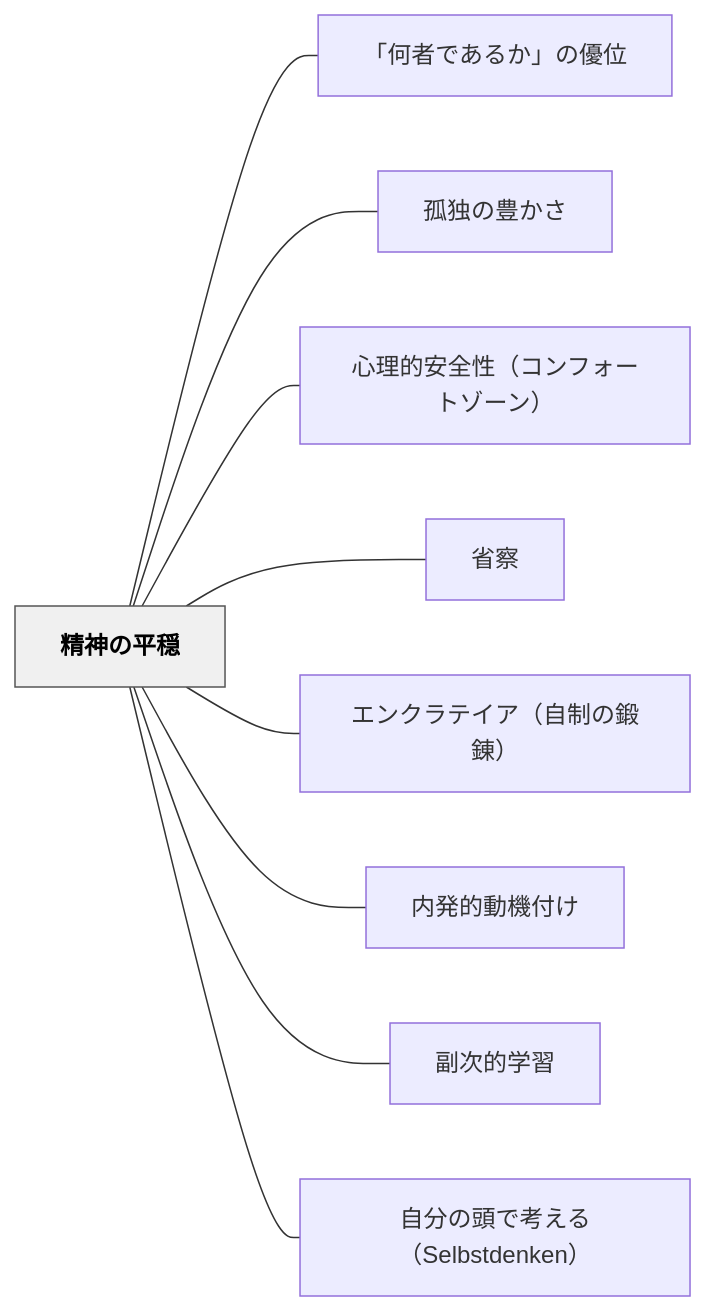
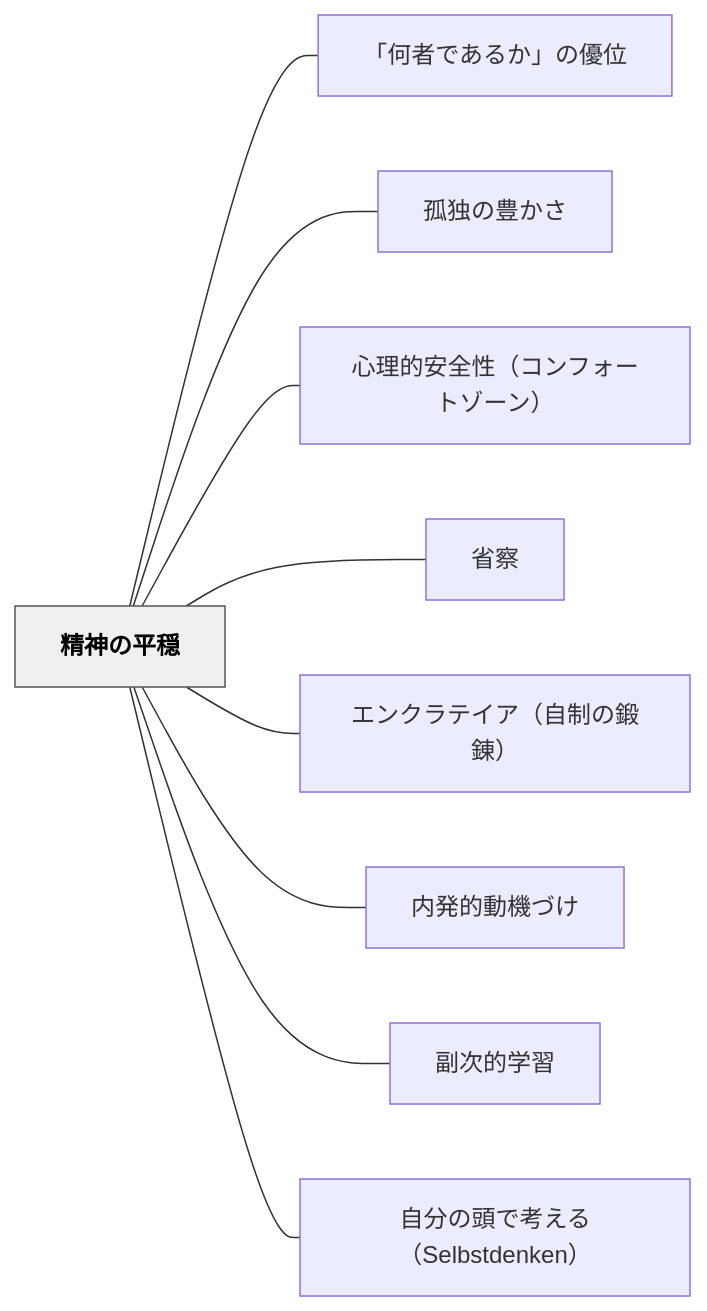
The diagram in content/パタン/精神の平穏.md (unknownthings-ed-patterns/unknownthings-ed-patterns), drawn with Mermaid before and after one commit. The commit also changed other lines of this file and 234 other files, not shown here.

````diff
--- a/content/パタン/精神の平穏.md
+++ b/content/パタン/精神の平穏.md
@@ -119,24 +119,24 @@
 ```mermaid
 flowchart LR
     ne7b2bee7a59ee381aee5b9b3e7a98f["精神の平穏"]
     ne3808ce4bd95e88085e381a7e38182e3828be3818be3808de381aee584aae4bd8d["「何者であるか」の優位"]
     ne5ada4e78bace381aee8b18ae3818be38195["孤独の豊かさ"]
     ne5bf83e79086e79a84e5ae89e585a8e680a7efbc88e382b3e383b3e38395e382a9e383bce38388e382bee383bce383b3efbc89["心理的安全性（コンフォートゾーン）"]
     ne79c81e5af9f["省察"]
     ne382a8e383b3e382afe383a9e38386e382a4e382a2efbc88e887aae588b6e381aee98d9be98cacefbc89["エンクラテイア（自制の鍛錬）"]
-    ne58685e799bae79a84e58b95e6a99fe4bb98e38191["内発的動機付け"]
+    ne58685e799bae79a84e58b95e6a99fe381a5e38191["内発的動機づけ"]
     ne589afe6aca1e79a84e5ada6e7bf92["副次的学習"]
     ne887aae58886e381aee9a0ade381a7e88083e38188e3828befbc8853656c62737464656e6b656eefbc89["自分の頭で考える（Selbstdenken）"]
 
     ne7b2bee7a59ee381aee5b9b3e7a98f --- ne3808ce4bd95e88085e381a7e38182e3828be3818be3808de381aee584aae4bd8d
     ne7b2bee7a59ee381aee5b9b3e7a98f --- ne5ada4e78bace381aee8b18ae3818be38195
     ne7b2bee7a59ee381aee5b9b3e7a98f --- ne5bf83e79086e79a84e5ae89e585a8e680a7efbc88e382b3e383b3e38395e382a9e383bce38388e382bee383bce383b3efbc89
     ne7b2bee7a59ee381aee5b9b3e7a98f --- ne79c81e5af9f
     ne7b2bee7a59ee381aee5b9b3e7a98f --- ne382a8e383b3e382afe383a9e38386e382a4e382a2efbc88e887aae588b6e381aee98d9be98cacefbc89
-    ne7b2bee7a59ee381aee5b9b3e7a98f --- ne58685e799bae79a84e58b95e6a99fe4bb98e38191
+    ne7b2bee7a59ee381aee5b9b3e7a98f --- ne58685e799bae79a84e58b95e6a99fe381a5e38191
     ne7b2bee7a59ee381aee5b9b3e7a98f --- ne589afe6aca1e79a84e5ada6e7bf92
     ne7b2bee7a59ee381aee5b9b3e7a98f --- ne887aae58886e381aee9a0ade381a7e88083e38188e3828befbc8853656c62737464656e6b656eefbc89
 
     classDef hub fill:#f0f0f0,stroke:#555,color:#000,font-weight:bold
     class ne7b2bee7a59ee381aee5b9b3e7a98f hub
 ```
````
